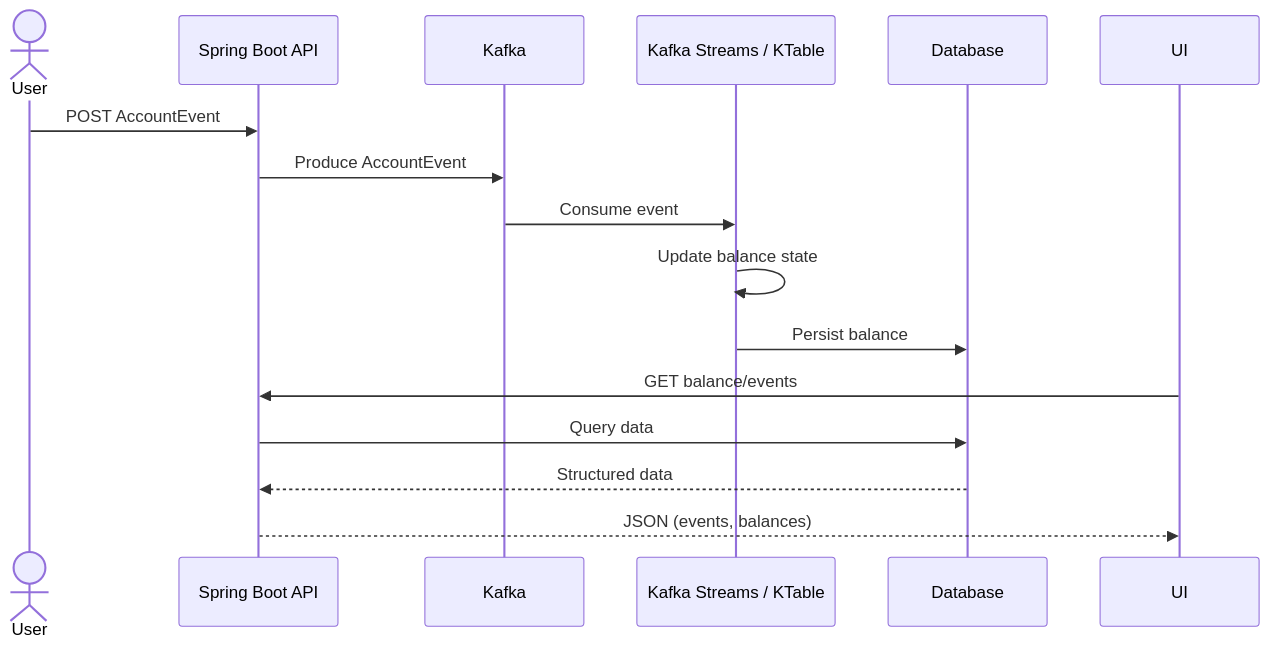
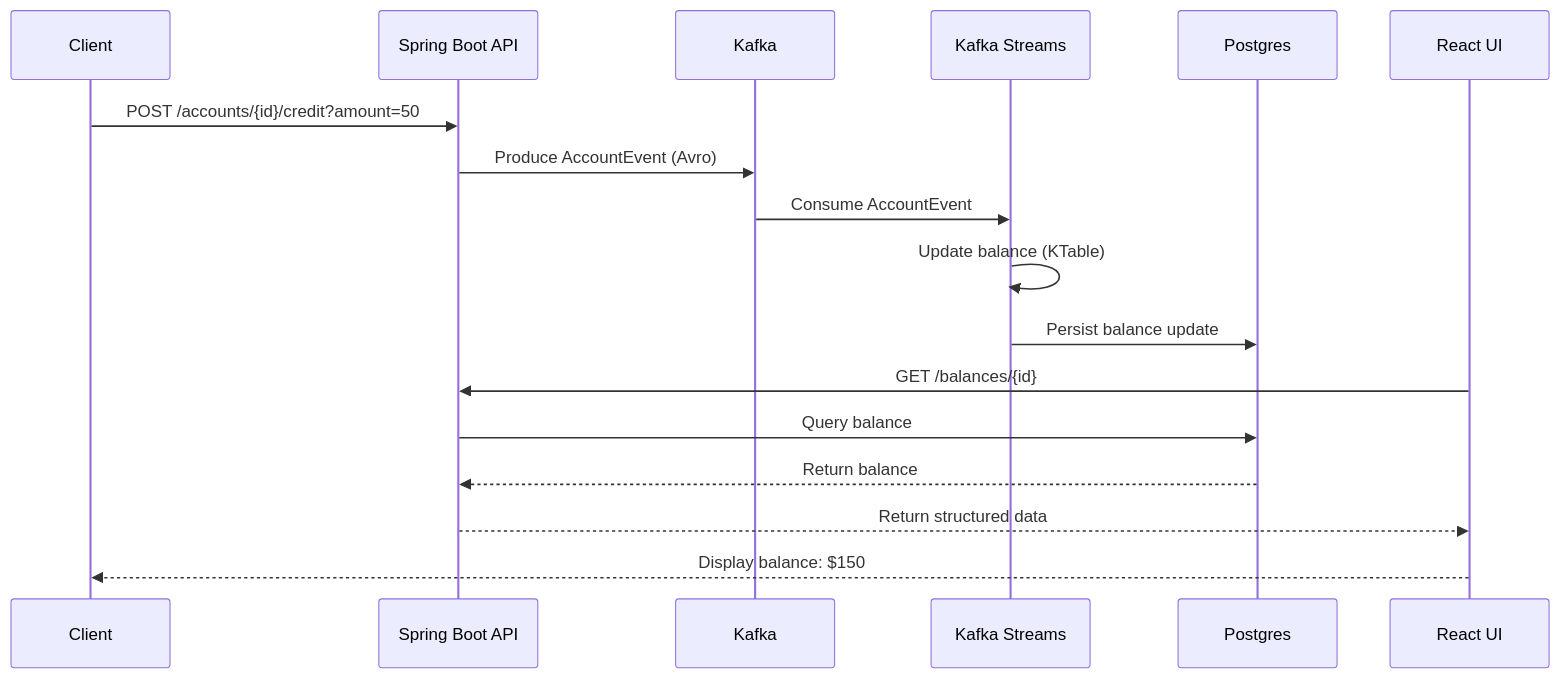
One commit to renatosviana/agentic-kafka-reference-architecture changed the first of 2 diagrams in kafka-avro-genai-streaming-poc/README.md. Above: the diagram before and after it, drawn with Mermaid. The commit also changed other lines of this file, not shown here.

````diff
--- a/kafka-avro-genai-streaming-poc/README.md
+++ b/kafka-avro-genai-streaming-poc/README.md
@@ -270,19 +196,20 @@
 ```mermaid
 sequenceDiagram
-    actor U as User
+    participant Client
     participant API as Spring Boot API
-    participant K as Kafka
-    participant KS as Kafka Streams / KTable
-    participant DB as Database
-    participant UI as UI
+    participant Kafka
+    participant Streams as Kafka Streams
+    participant DB as Postgres
+    participant UI as React UI
 
-    U->>API: POST AccountEvent
-    API->>K: Produce AccountEvent
-    K->>KS: Consume event
-    KS->>KS: Update balance state
-    KS->>DB: Persist balance
-    UI->>API: GET balance/events
-    API->>DB: Query data
-    DB-->>API: Structured data
-    API-->>UI: JSON (events, balances)
+    Client->>API: POST /accounts/{id}/credit?amount=50
+    API->>Kafka: Produce AccountEvent (Avro)
+    Kafka->>Streams: Consume AccountEvent
+    Streams->>Streams: Update balance (KTable)
+    Streams->>DB: Persist balance update
+    UI->>API: GET /balances/{id}
+    API->>DB: Query balance
+    DB-->>API: Return balance
+    API-->>UI: Return structured data
+    UI-->>Client: Display balance: $150
 ```
````
